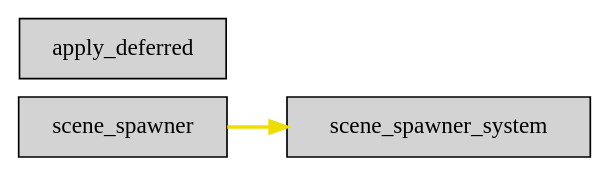
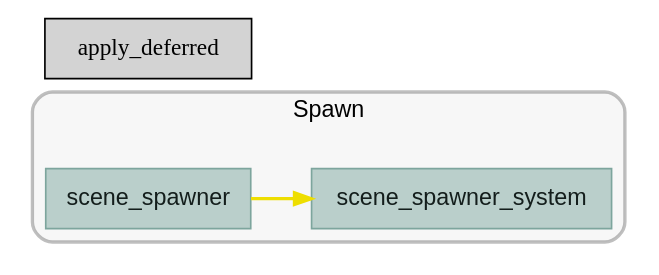
The diagram in docs/schedule/light/schedule_SpawnScene.dot (jakobhellermann/bevy_mod_debugdump), drawn with Graphviz before and after one commit. The commit also changed 61 other files, not shown here.

```diff
--- a/docs/schedule/light/schedule_SpawnScene.dot
+++ b/docs/schedule/light/schedule_SpawnScene.dot
@@ -1,14 +1,25 @@
 digraph "" {
 	"compound"="true";
 	"splines"="spline";
 	"rankdir"="LR";
 	"bgcolor"="white";
 	"fontname"="Helvetica";
 	"nodesep"="0.15";
 	edge ["penwidth"="2"];
 	node ["shape"="box", "style"="filled"];
-	"node_System(SystemKey(1v1))" ["label"="scene_spawner", "tooltip"="bevy_scene::scene_spawner::scene_spawner"]
-	"node_System(SystemKey(2v1))" ["label"="scene_spawner_system", "tooltip"="bevy_scene::scene_spawner::scene_spawner_system"]
+	subgraph "clusternode_Set(SystemSetKey(2v1))" {
+		"style"="rounded,filled";
+		"label"="Spawn";
+		"tooltip"="Spawn";
+		"fillcolor"="#00000008";
+		"fontcolor"="#000000";
+		"color"="#00000040";
+		"penwidth"="2";
+		"set_marker_node_Set(SystemSetKey(2v1))" ["style"="invis", "label"="", "shape"="point"]
+		"node_System(SystemKey(1v1))" ["label"="scene_spawner", "tooltip"="bevy_scene::scene_spawner::scene_spawner", "fillcolor"="#bacfcb", "fontname"="Helvetica", "fontcolor"="#141e1c", "color"="#7da59d", "penwidth"="1"]
+		"node_System(SystemKey(2v1))" ["label"="scene_spawner_system", "tooltip"="bevy_scene::scene_spawner::scene_spawner_system", "fillcolor"="#bacfcb", "fontname"="Helvetica", "fontcolor"="#141e1c", "color"="#7da59d", "penwidth"="1"]
+	}
+	
 	"node_System(SystemKey(3v1))" ["label"="apply_deferred", "tooltip"="bevy_ecs::apply_deferred"]
 	"node_System(SystemKey(1v1))" -> "node_System(SystemKey(2v1))" ["lhead"="", "ltail"="", "tooltip"="scene_spawner → scene_spawner_system", "color"="#eede00"]
 }
```
